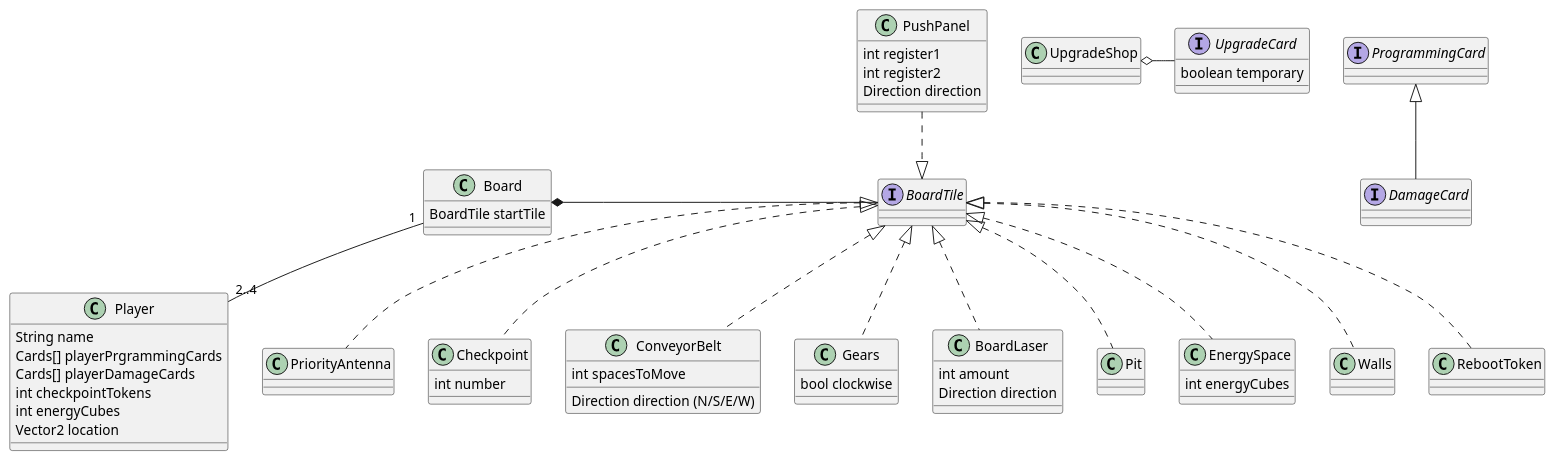
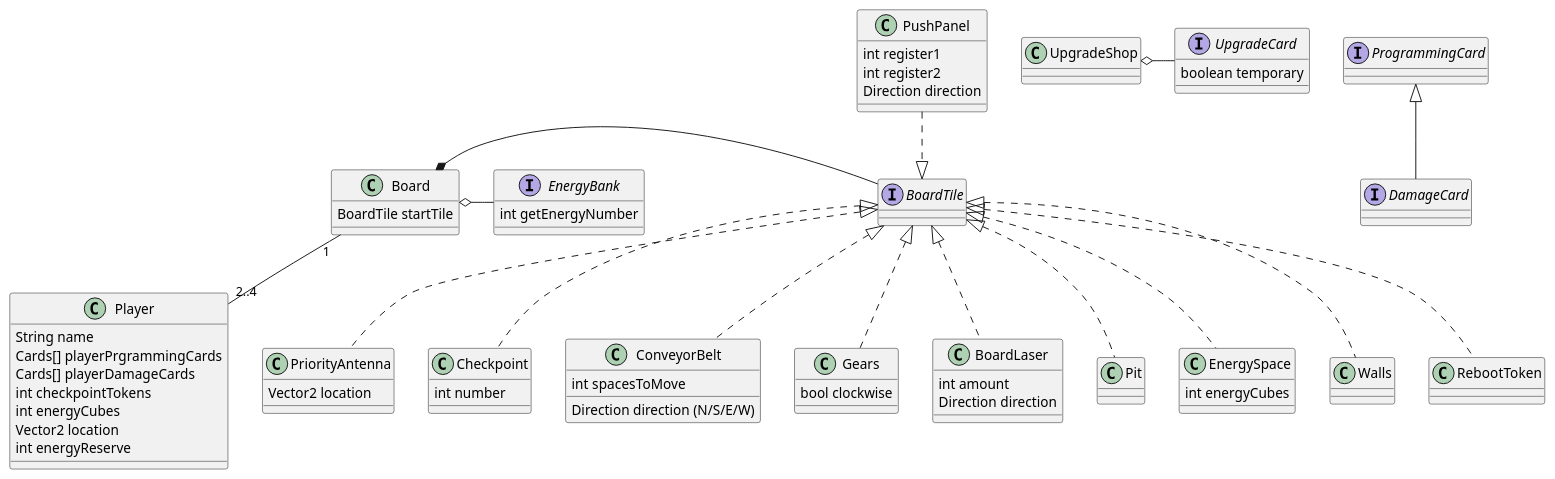
The diagram in etc/domain.pu (nikguin04/RoboRally), drawn with PlantUML before and after one commit.

Commit message:
Added EnergyBank Interface, Vector2 location to priorityAntenna and int energyReserve to player

```diff
--- a/etc/domain.pu
+++ b/etc/domain.pu
@@ -1,59 +1,67 @@
 @startuml
 
 class Player {
     String name
     Cards[] playerPrgrammingCards
     Cards[] playerDamageCards
     int checkpointTokens
     int energyCubes
     Vector2 location
+    int energyReserve 
 }
 
 class Board {
     BoardTile startTile
 }
 Board *- BoardTile
 Board "1" -- "2..4" Player
 
 interface BoardTile { }
 
+interface EnergyBank {
+    int getEnergyNumber
+}
+Board o- EnergyBank
+
 class RebootToken implements BoardTile { }
-class PriorityAntenna implements BoardTile { }
+class PriorityAntenna implements BoardTile {
+    Vector2 location
+ }
 class Checkpoint implements BoardTile {
     int number
 }
 class ConveyorBelt implements BoardTile {
     int spacesToMove
     Direction direction (N/S/E/W)
 }
 class PushPanel {
     int register1
     int register2
     Direction direction
 }
 BoardTile <|.up. PushPanel
 class Gears implements BoardTile {
     bool clockwise
 }
 class BoardLaser implements BoardTile {
     int amount
     Direction direction
 }
 class Pit implements BoardTile {}
 class EnergySpace implements BoardTile {
     int energyCubes
 }
 class Walls implements BoardTile {
     
 }
 
 class UpgradeShop { }
 UpgradeShop o- UpgradeCard
 
 interface ProgrammingCard { }
 interface DamageCard implements ProgrammingCard { }
 interface UpgradeCard { 
     boolean temporary
 }
 
 @enduml
```
